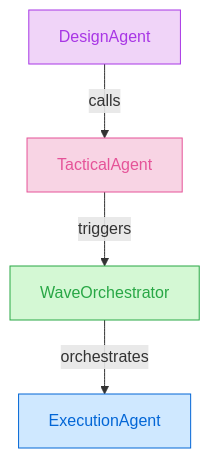
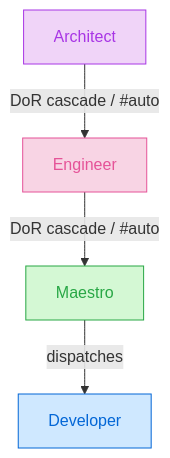
Before and after one commit to deepducks/autoducks: the diagram in .autoducks/design/AGENTS.md, drawn with Mermaid. The commit also changed other lines of this file and 118 other files, not shown here.

Commit message:
New agent topology/taxonomy: Architect, Engineer, Maestro, Developer + /quack command layer (#433)

````diff
--- a/.autoducks/design/AGENTS.md
+++ b/.autoducks/design/AGENTS.md
@@ -25,11 +59,11 @@
 ```mermaid
 flowchart TB
-    DesignAgent:::designPurple -- calls --> TacticalAgent:::tacticalPink
-    TacticalAgent -- triggers --> WaveOrchestrator:::waveGreen
-    WaveOrchestrator -- orchestrates --> ExecutionAgent:::executionBlue
+    Architect:::designPurple -- "DoR cascade / #auto" --> Engineer:::tacticalPink
+    Engineer -- "DoR cascade / #auto" --> Maestro:::waveGreen
+    Maestro -- dispatches --> Developer:::executionBlue
 
     classDef designPurple fill:#f0d4f8,stroke:#a836e5,color:#a836e5;
     classDef tacticalPink fill:#f8d4e4,stroke:#e55398,color:#e55398;
     classDef waveGreen fill:#d4f8d4,stroke:#28a745,color:#28a745;
     classDef executionBlue fill:#cfe8ff,stroke:#0366d6,color:#0366d6;
 ```
````
